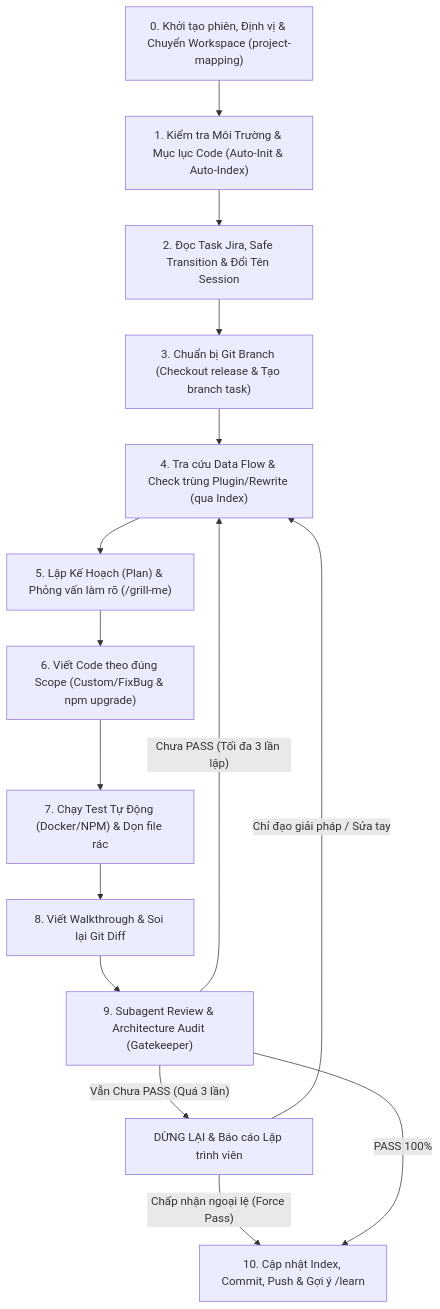
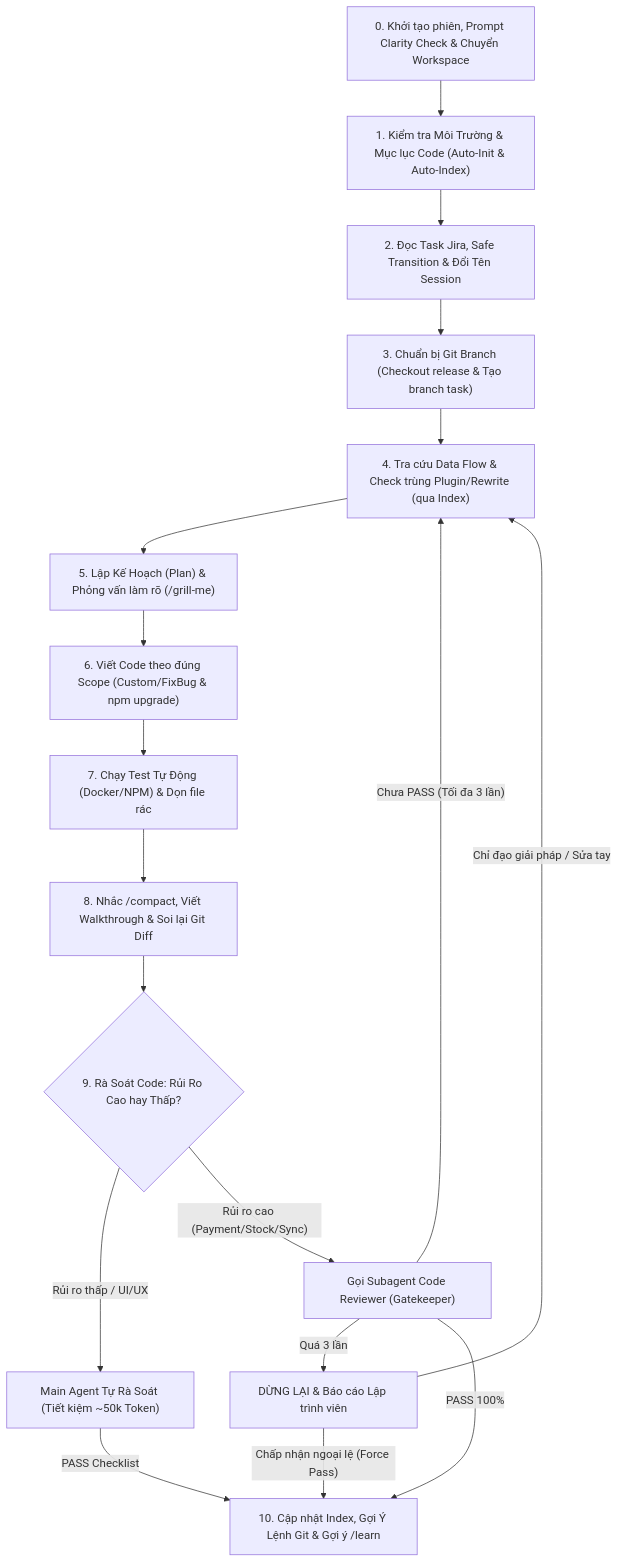
One commit to adamphh/study-ai-antigravity-skills changed the diagram in rules/user-workflow-and-goals.md. Above: the diagram before and after it, drawn with Mermaid. The commit also changed other lines of this file and 3 other files, not shown here.

Commit message:
feat(rules): optimize token usage with prompt clarity gate, conditional reviewer and git suggestion block

````diff
--- a/rules/user-workflow-and-goals.md
+++ b/rules/user-workflow-and-goals.md
@@ -19,17 +19,20 @@
 ```mermaid
 flowchart TD
-    A["0. Khởi tạo phiên, Định vị & Chuyển Workspace (project-mapping)"] --> B["1. Kiểm tra Môi Trường & Mục lục Code (Auto-Init & Auto-Index)"]
+    A["0. Khởi tạo phiên, Prompt Clarity Check & Chuyển Workspace"] --> B["1. Kiểm tra Môi Trường & Mục lục Code (Auto-Init & Auto-Index)"]
     B --> C["2. Đọc Task Jira, Safe Transition & Đổi Tên Session"]
     C --> D["3. Chuẩn bị Git Branch (Checkout release & Tạo branch task)"]
     D --> E["4. Tra cứu Data Flow & Check trùng Plugin/Rewrite (qua Index)"]
     E --> F["5. Lập Kế Hoạch (Plan) & Phỏng vấn làm rõ (/grill-me)"]
     F --> G["6. Viết Code theo đúng Scope (Custom/FixBug & npm upgrade)"]
     G --> H["7. Chạy Test Tự Động (Docker/NPM) & Dọn file rác"]
-    H --> I["8. Viết Walkthrough & Soi lại Git Diff"]
-    I --> J["9. Subagent Review & Architecture Audit (Gatekeeper)"]
-    J -- "Chưa PASS (Tối đa 3 lần lặp)" --> E
-    J -- "Vẫn Chưa PASS (Quá 3 lần)" --> ESC["DỪNG LẠI & Báo cáo Lập trình viên"]
+    H --> I["8. Nhắc /compact, Viết Walkthrough & Soi lại Git Diff"]
+    I --> J{"9. Rà Soát Code: Rủi Ro Cao hay Thấp?"}
+    J -- "Rủi ro thấp / UI/UX" --> J1["Main Agent Tự Rà Soát (Tiết kiệm ~50k Token)"]
+    J -- "Rủi ro cao (Payment/Stock/Sync)" --> J2["Gọi Subagent Code Reviewer (Gatekeeper)"]
+    J2 -- "Chưa PASS (Tối đa 3 lần)" --> E
+    J2 -- "Quá 3 lần" --> ESC["DỪNG LẠI & Báo cáo Lập trình viên"]
     ESC -- "Chỉ đạo giải pháp / Sửa tay" --> E
-    ESC -- "Chấp nhận ngoại lệ (Force Pass)" --> K["10. Cập nhật Index, Commit, Push & Gợi ý /learn"]
-    J -- "PASS 100%" --> K
+    ESC -- "Chấp nhận ngoại lệ (Force Pass)" --> K["10. Cập nhật Index, Gợi Ý Lệnh Git & Gợi ý /learn"]
+    J1 -- "PASS Checklist" --> K
+    J2 -- "PASS 100%" --> K
 ```
````
